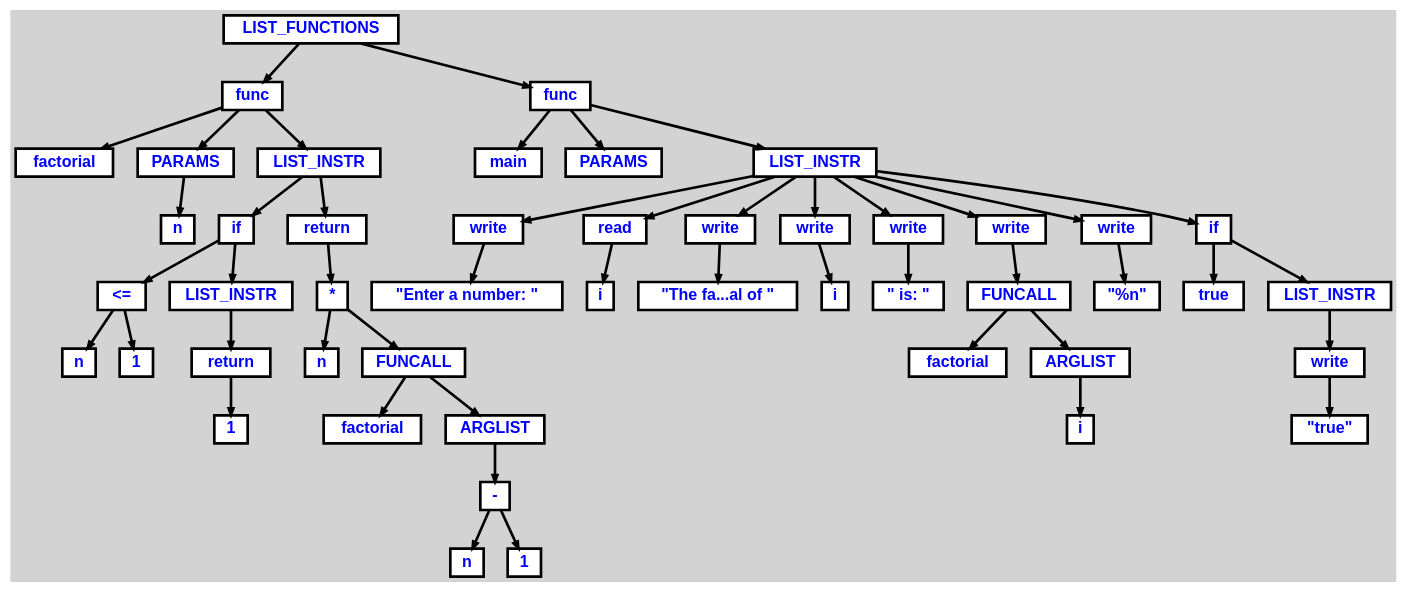
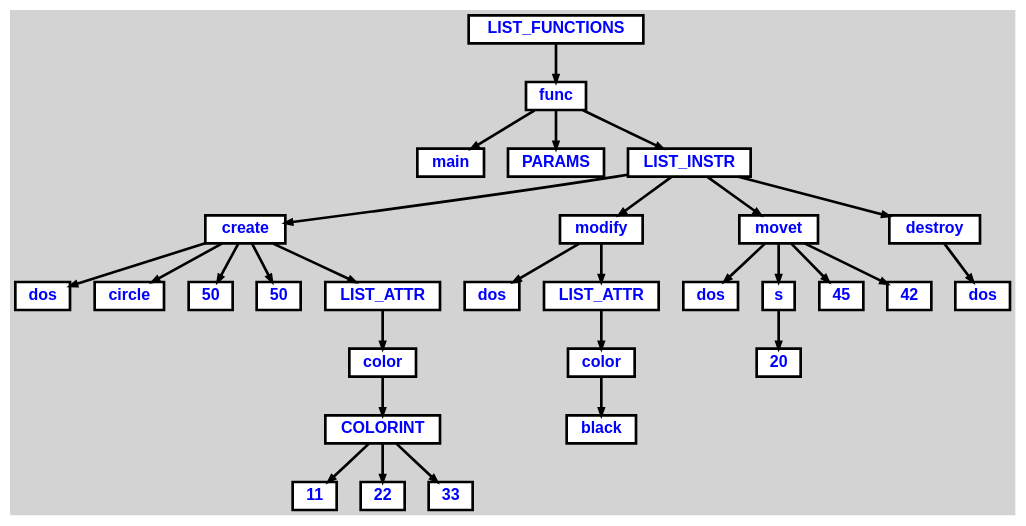
One commit to Outer2g/SVGAnimation changed the diagram in a.dot. Above: the diagram before and after it, drawn with Graphviz. The commit also changed 48 other files, not shown here.

```diff
--- a/a.dot
+++ b/a.dot
@@ -1,132 +1,80 @@
 digraph {
 
 	ordering=out;
 	ranksep=.4;
 	bgcolor="lightgrey"; node [shape=box, fixedsize=false, fontsize=12, fontname="Helvetica-bold", fontcolor="blue"
 		width=.25, height=.25, color="black", fillcolor="white", style="filled, solid, bold"];
 	edge [arrowsize=.5, color="black", style="bold"]
 
   n0 [label="LIST_FUNCTIONS"];
   n1 [label="func"];
   n1 [label="func"];
-  n2 [label="factorial"];
+  n2 [label="main"];
   n3 [label="PARAMS"];
-  n3 [label="PARAMS"];
-  n4 [label="n"];
-  n5 [label="LIST_INSTR"];
-  n5 [label="LIST_INSTR"];
-  n6 [label="if"];
-  n6 [label="if"];
-  n7 [label="<="];
-  n7 [label="<="];
-  n8 [label="n"];
-  n9 [label="1"];
-  n10 [label="LIST_INSTR"];
-  n10 [label="LIST_INSTR"];
-  n11 [label="return"];
-  n11 [label="return"];
-  n12 [label="1"];
-  n13 [label="return"];
-  n13 [label="return"];
-  n14 [label="*"];
-  n14 [label="*"];
-  n15 [label="n"];
-  n16 [label="FUNCALL"];
-  n16 [label="FUNCALL"];
-  n17 [label="factorial"];
-  n18 [label="ARGLIST"];
-  n18 [label="ARGLIST"];
-  n19 [label="-"];
-  n19 [label="-"];
-  n20 [label="n"];
-  n21 [label="1"];
-  n22 [label="func"];
-  n22 [label="func"];
-  n23 [label="main"];
-  n24 [label="PARAMS"];
-  n25 [label="LIST_INSTR"];
-  n25 [label="LIST_INSTR"];
-  n26 [label="write"];
-  n26 [label="write"];
-  n27 [label="\"Enter a number: \""];
-  n28 [label="read"];
-  n28 [label="read"];
-  n29 [label="i"];
-  n30 [label="write"];
-  n30 [label="write"];
-  n31 [label="\"The fa...al of \""];
-  n32 [label="write"];
-  n32 [label="write"];
-  n33 [label="i"];
-  n34 [label="write"];
-  n34 [label="write"];
-  n35 [label="\" is: \""];
-  n36 [label="write"];
-  n36 [label="write"];
-  n37 [label="FUNCALL"];
-  n37 [label="FUNCALL"];
-  n38 [label="factorial"];
-  n39 [label="ARGLIST"];
-  n39 [label="ARGLIST"];
-  n40 [label="i"];
-  n41 [label="write"];
-  n41 [label="write"];
-  n42 [label="\"%n\""];
-  n43 [label="if"];
-  n43 [label="if"];
-  n44 [label="true"];
-  n45 [label="LIST_INSTR"];
-  n45 [label="LIST_INSTR"];
-  n46 [label="write"];
-  n46 [label="write"];
-  n47 [label="\"true\""];
+  n4 [label="LIST_INSTR"];
+  n4 [label="LIST_INSTR"];
+  n5 [label="create"];
+  n5 [label="create"];
+  n6 [label="dos"];
+  n7 [label="circle"];
+  n8 [label="50"];
+  n9 [label="50"];
+  n10 [label="LIST_ATTR"];
+  n10 [label="LIST_ATTR"];
+  n11 [label="color"];
+  n11 [label="color"];
+  n12 [label="COLORINT"];
+  n12 [label="COLORINT"];
+  n13 [label="11"];
+  n14 [label="22"];
+  n15 [label="33"];
+  n16 [label="modify"];
+  n16 [label="modify"];
+  n17 [label="dos"];
+  n18 [label="LIST_ATTR"];
+  n18 [label="LIST_ATTR"];
+  n19 [label="color"];
+  n19 [label="color"];
+  n20 [label="black"];
+  n21 [label="movet"];
+  n21 [label="movet"];
+  n22 [label="dos"];
+  n23 [label="s"];
+  n23 [label="s"];
+  n24 [label="20"];
+  n25 [label="45"];
+  n26 [label="42"];
+  n27 [label="destroy"];
+  n27 [label="destroy"];
+  n28 [label="dos"];
 
   n0 -> n1 // "LIST_FUNCTIONS" -> "func"
-  n1 -> n2 // "func" -> "factorial"
+  n1 -> n2 // "func" -> "main"
   n1 -> n3 // "func" -> "PARAMS"
-  n3 -> n4 // "PARAMS" -> "n"
-  n1 -> n5 // "func" -> "LIST_INSTR"
-  n5 -> n6 // "LIST_INSTR" -> "if"
-  n6 -> n7 // "if" -> "<="
-  n7 -> n8 // "<=" -> "n"
-  n7 -> n9 // "<=" -> "1"
-  n6 -> n10 // "if" -> "LIST_INSTR"
-  n10 -> n11 // "LIST_INSTR" -> "return"
-  n11 -> n12 // "return" -> "1"
-  n5 -> n13 // "LIST_INSTR" -> "return"
-  n13 -> n14 // "return" -> "*"
-  n14 -> n15 // "*" -> "n"
-  n14 -> n16 // "*" -> "FUNCALL"
-  n16 -> n17 // "FUNCALL" -> "factorial"
-  n16 -> n18 // "FUNCALL" -> "ARGLIST"
-  n18 -> n19 // "ARGLIST" -> "-"
-  n19 -> n20 // "-" -> "n"
-  n19 -> n21 // "-" -> "1"
-  n0 -> n22 // "LIST_FUNCTIONS" -> "func"
-  n22 -> n23 // "func" -> "main"
-  n22 -> n24 // "func" -> "PARAMS"
-  n22 -> n25 // "func" -> "LIST_INSTR"
-  n25 -> n26 // "LIST_INSTR" -> "write"
-  n26 -> n27 // "write" -> "\"Enter a number: \""
-  n25 -> n28 // "LIST_INSTR" -> "read"
-  n28 -> n29 // "read" -> "i"
-  n25 -> n30 // "LIST_INSTR" -> "write"
-  n30 -> n31 // "write" -> "\"The fa...al of \""
-  n25 -> n32 // "LIST_INSTR" -> "write"
-  n32 -> n33 // "write" -> "i"
-  n25 -> n34 // "LIST_INSTR" -> "write"
-  n34 -> n35 // "write" -> "\" is: \""
-  n25 -> n36 // "LIST_INSTR" -> "write"
-  n36 -> n37 // "write" -> "FUNCALL"
-  n37 -> n38 // "FUNCALL" -> "factorial"
-  n37 -> n39 // "FUNCALL" -> "ARGLIST"
-  n39 -> n40 // "ARGLIST" -> "i"
-  n25 -> n41 // "LIST_INSTR" -> "write"
-  n41 -> n42 // "write" -> "\"%n\""
-  n25 -> n43 // "LIST_INSTR" -> "if"
-  n43 -> n44 // "if" -> "true"
-  n43 -> n45 // "if" -> "LIST_INSTR"
-  n45 -> n46 // "LIST_INSTR" -> "write"
-  n46 -> n47 // "write" -> "\"true\""
+  n1 -> n4 // "func" -> "LIST_INSTR"
+  n4 -> n5 // "LIST_INSTR" -> "create"
+  n5 -> n6 // "create" -> "dos"
+  n5 -> n7 // "create" -> "circle"
+  n5 -> n8 // "create" -> "50"
+  n5 -> n9 // "create" -> "50"
+  n5 -> n10 // "create" -> "LIST_ATTR"
+  n10 -> n11 // "LIST_ATTR" -> "color"
+  n11 -> n12 // "color" -> "COLORINT"
+  n12 -> n13 // "COLORINT" -> "11"
+  n12 -> n14 // "COLORINT" -> "22"
+  n12 -> n15 // "COLORINT" -> "33"
+  n4 -> n16 // "LIST_INSTR" -> "modify"
+  n16 -> n17 // "modify" -> "dos"
+  n16 -> n18 // "modify" -> "LIST_ATTR"
+  n18 -> n19 // "LIST_ATTR" -> "color"
+  n19 -> n20 // "color" -> "black"
+  n4 -> n21 // "LIST_INSTR" -> "movet"
+  n21 -> n22 // "movet" -> "dos"
+  n21 -> n23 // "movet" -> "s"
+  n23 -> n24 // "s" -> "20"
+  n21 -> n25 // "movet" -> "45"
+  n21 -> n26 // "movet" -> "42"
+  n4 -> n27 // "LIST_INSTR" -> "destroy"
+  n27 -> n28 // "destroy" -> "dos"
 
 }
```
